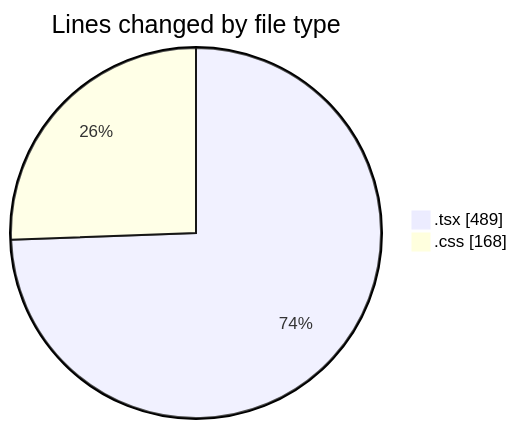
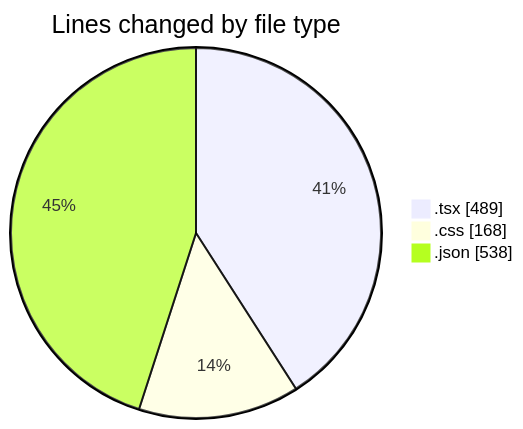
The first of 2 diagrams in 2025-08-12/ribbon/README.md (EIIisD/code-tracking), drawn with Mermaid before and after one commit. The commit also changed other lines of this file and 1 other file, not shown here.

````diff
--- a/2025-08-12/ribbon/README.md
+++ b/2025-08-12/ribbon/README.md
@@ -27,6 +28,7 @@
 ```mermaid
 pie showData
 title Lines changed by file type
 ".tsx" : 489
 ".css" : 168
+".json" : 538
 ```
````
